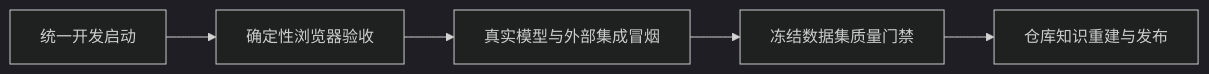
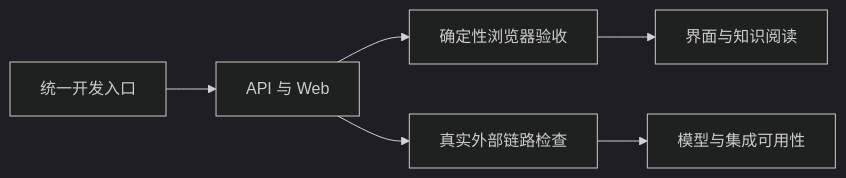
Before and after one commit to lejunyang/omem: the diagram in .repo-review/knowledge/articles/97762e76cba3d5e9bc19883e9db79e5f8ed0afd3e77c4114d9fc9ae68437691e.md, drawn with Mermaid (dark theme). The commit also changed other lines of this file and 233 other files, not shown here.

````diff
--- a/.repo-review/knowledge/articles/97762e76cba3d5e9bc19883e9db79e5f8ed0afd3e77c4114d9fc9ae68437691e.md
+++ b/.repo-review/knowledge/articles/97762e76cba3d5e9bc19883e9db79e5f8ed0afd3e77c4114d9fc9ae68437691e.md
@@ -23,7 +12,8 @@
 ```mermaid
 flowchart LR
-  A[统一开发启动] --> B[确定性浏览器验收]
-  B --> C[真实模型与外部集成冒烟]
-  C --> D[冻结数据集质量门禁]
-  D --> E[仓库知识重建与发布]
+  A[统一开发入口] --> B[API 与 Web]
+  B --> C[确定性浏览器验收]
+  B --> D[真实外部链路检查]
+  C --> E[界面与知识阅读]
+  D --> F[模型与集成可用性]
 ```
````
